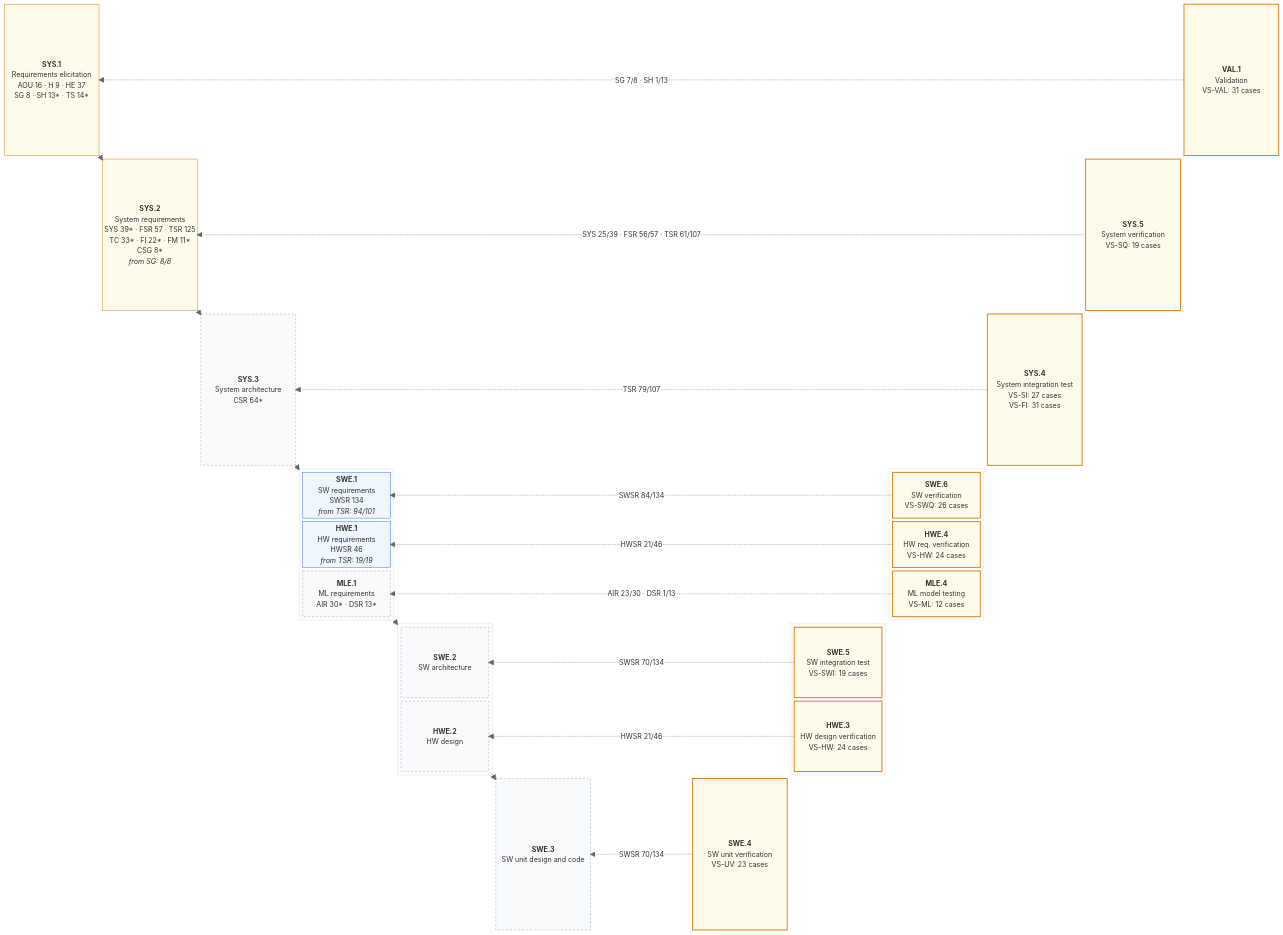
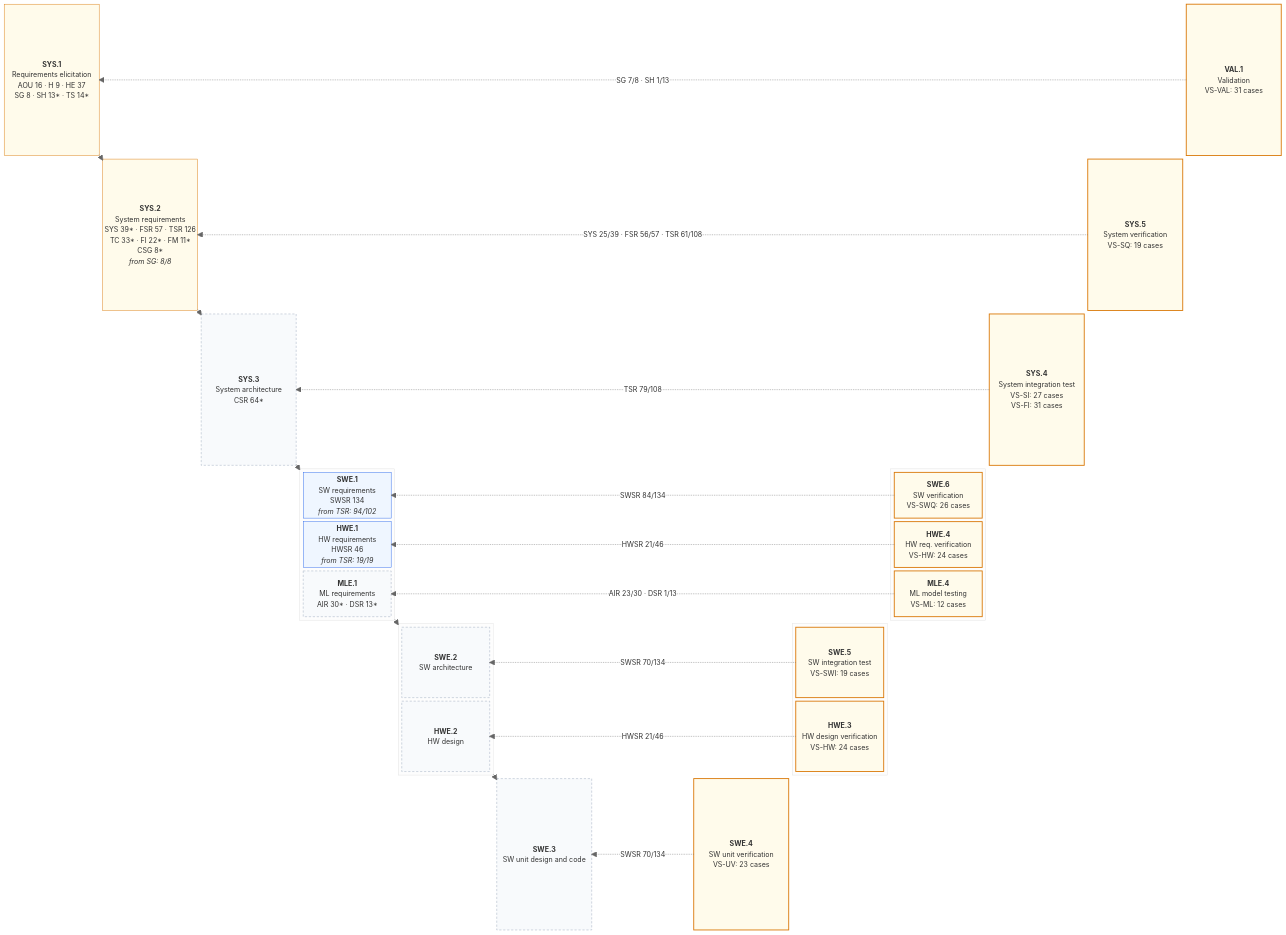
One commit to jherrodthomas/LionDriver changed the first of 2 diagrams in assurance/trace/maps/aspice-trace-map.md. Above: the diagram before and after it, drawn with Mermaid (neutral theme). The commit also changed other lines of this file and 24 other files, not shown here.

First line of the commit message:
DQ-077 applied in the register; TSR-634 listed as not yet refined (WP-W-02 v0.28); generated trace, SysML and figures regenerated

```diff
--- a/assurance/trace/maps/aspice-trace-map.md
+++ b/assurance/trace/maps/aspice-trace-map.md
@@ -36,7 +36,7 @@
   space
   VAL1["<b>VAL.1</b><br/>Validation<br/>VS-VAL: 31 cases"]
   space
-  SYS2["<b>SYS.2</b><br/>System requirements<br/>SYS 39* · FSR 57 · TSR 125<br/>TC 33* · FI 22* · FM 11*<br/>CSG 8*<br/><i>from SG: 8/8</i>"]
+  SYS2["<b>SYS.2</b><br/>System requirements<br/>SYS 39* · FSR 57 · TSR 126<br/>TC 33* · FI 22* · FM 11*<br/>CSG 8*<br/><i>from SG: 8/8</i>"]
   space
   space
   space
@@ -66,7 +66,7 @@
   space
   block:L3
     columns 1
-    SWE1["<b>SWE.1</b><br/>SW requirements<br/>SWSR 134<br/><i>from TSR: 94/101</i>"]
+    SWE1["<b>SWE.1</b><br/>SW requirements<br/>SWSR 134<br/><i>from TSR: 94/102</i>"]
     HWE1["<b>HWE.1</b><br/>HW requirements<br/>HWSR 46<br/><i>from TSR: 19/19</i>"]
     MLE1["<b>MLE.1</b><br/>ML requirements<br/>AIR 30* · DSR 13*"]
   end
@@ -124,8 +124,8 @@
   L3 --> L4
   L4 --> SWE3
   VAL1 -. "SG 7/8 · SH 1/13" .-> SYS1
-  SYS5 -. "SYS 25/39 · FSR 56/57 · TSR 61/107" .-> SYS2
-  SYS4 -. "TSR 79/107" .-> SYS3
+  SYS5 -. "SYS 25/39 · FSR 56/57 · TSR 61/108" .-> SYS2
+  SYS4 -. "TSR 79/108" .-> SYS3
   SWE6 -. "SWSR 84/134" .-> SWE1
   HWE4 -. "HWSR 21/46" .-> HWE1
   MLE4 -. "AIR 23/30 · DSR 1/13" .-> MLE1
```
